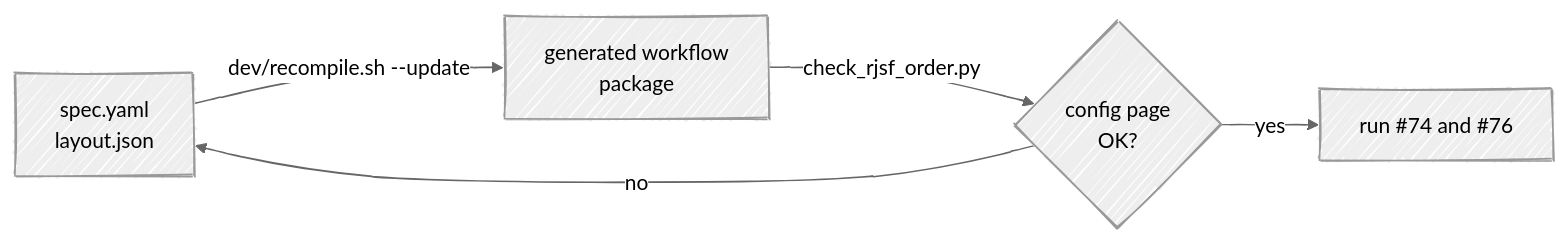
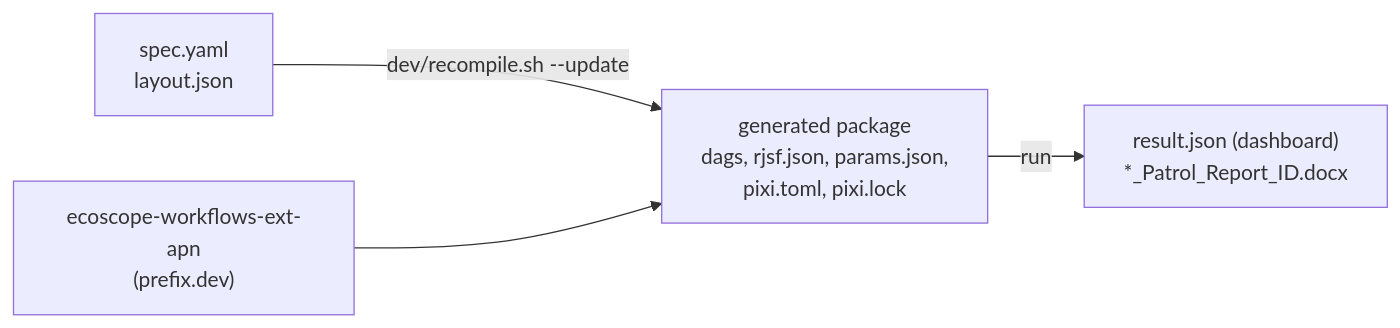
The first of 2 diagrams in DEVELOPMENT.md (wildlife-dynamics/APN-patrol_event), drawn with Mermaid before and after one commit. The commit also changed other lines of this file and 1 other file, not shown here.

````diff
--- a/DEVELOPMENT.md
+++ b/DEVELOPMENT.md
@@ -28,12 +24,6 @@
 ```mermaid
----
-config:
-  look: handDrawn
-  theme: neutral
----
 flowchart LR
-    S["spec.yaml<br/>layout.json"] -- "dev/recompile.sh --update" --> G["generated workflow<br/>package"]
-    G -- "check_rjsf_order.py" --> K{"config page<br/>OK?"}
-    K -- yes --> R["run #74 and #76"]
-    K -- no --> S
+    spec["spec.yaml<br/>layout.json"] -->|dev/recompile.sh --update| pkg["generated package<br/>dags, rjsf.json, params.json,<br/>pixi.toml, pixi.lock"]
+    extapn["ecoscope-workflows-ext-apn<br/>(prefix.dev)"] --> pkg
+    pkg -->|run| out["result.json (dashboard)<br/>*_Patrol_Report_ID.docx"]
 ```
````
